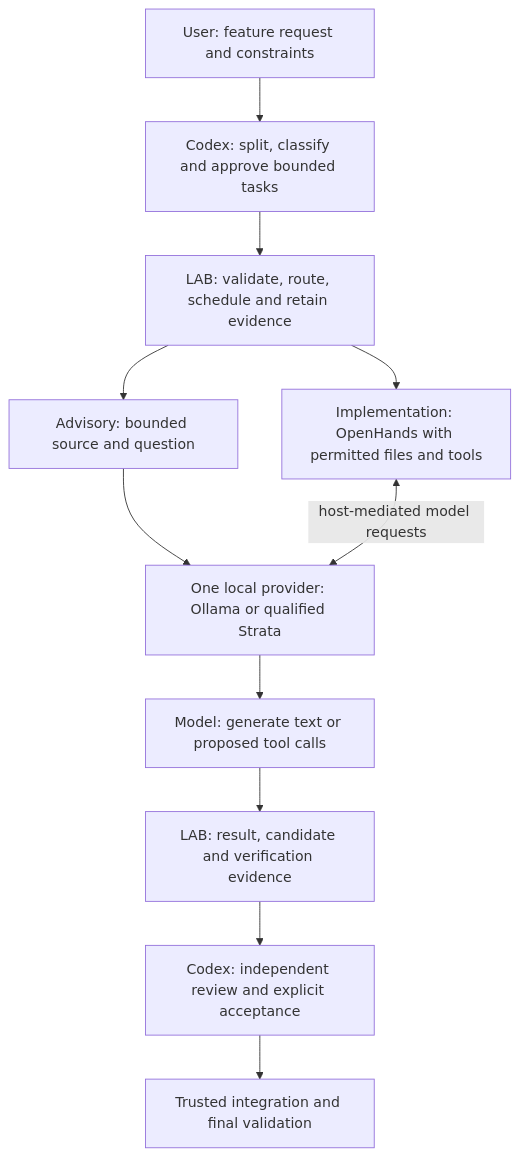
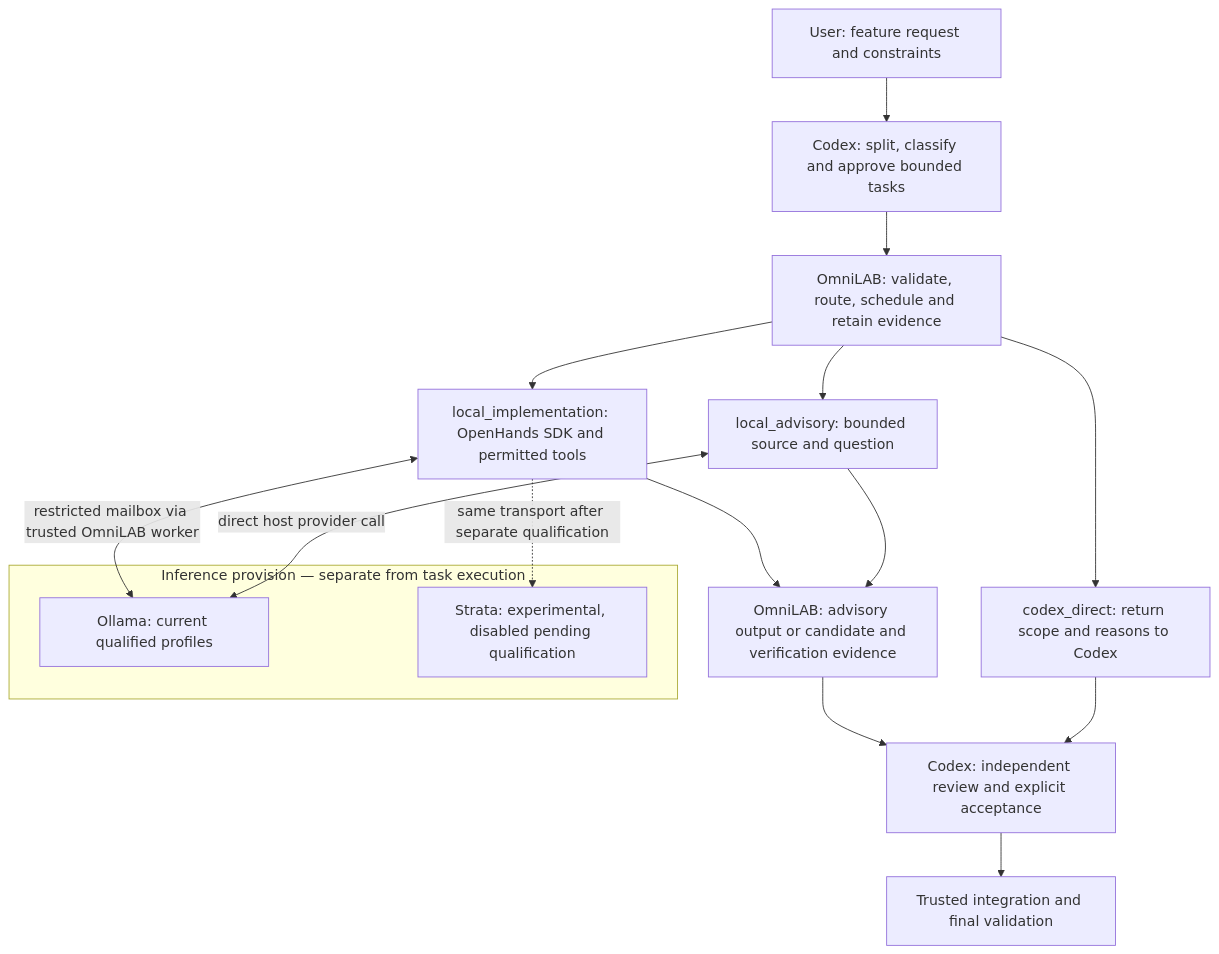
Before and after one commit to nishdel/OmniLAB-Local-Agent-Bridge-: the first of 2 diagrams in README.md, drawn with Mermaid. The commit also changed other lines of this file and 14 other files, not shown here.

Commit message:
Publish source-linked task-lane documentation and isolate Janas research

````diff
--- a/README.md
+++ b/README.md
@@ -31,13 +34,20 @@
 ```mermaid
 flowchart TD
     U["User: feature request and constraints"] --> C["Codex: split, classify and approve bounded tasks"]
-    C --> L["LAB: validate, route, schedule and retain evidence"]
-    L --> A["Advisory: bounded source and question"]
-    L --> H["Implementation: OpenHands with permitted files and tools"]
-    A --> P["One local provider: Ollama or qualified Strata"]
-    H <-->|"host-mediated model requests"| P
-    P --> M["Model: generate text or proposed tool calls"]
-    M --> E["LAB: result, candidate and verification evidence"]
+    C --> L["OmniLAB: validate, route, schedule and retain evidence"]
+    L --> D["codex_direct: return scope and reasons to Codex"]
+    L --> A["local_advisory: bounded source and question"]
+    L --> H["local_implementation: OpenHands SDK and permitted tools"]
+    subgraph Inference["Inference provision — separate from task execution"]
+      O["Ollama: current qualified profiles"]
+      S["Strata: experimental, disabled pending qualification"]
+    end
+    A <-->|"direct host provider call"| O
+    H <-->|"restricted mailbox via trusted OmniLAB worker"| O
+    H -.->|"same transport after separate qualification"| S
+    A --> E["OmniLAB: advisory output or candidate and verification evidence"]
+    H --> E
+    D --> R
     E --> R["Codex: independent review and explicit acceptance"]
     R --> I["Trusted integration and final validation"]
 ```
````
